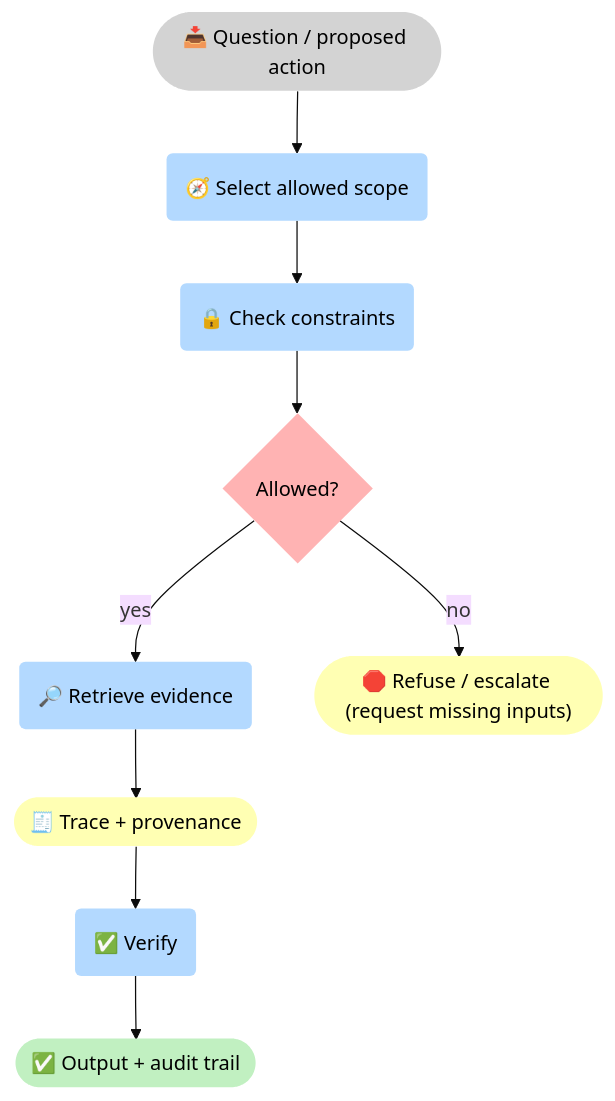
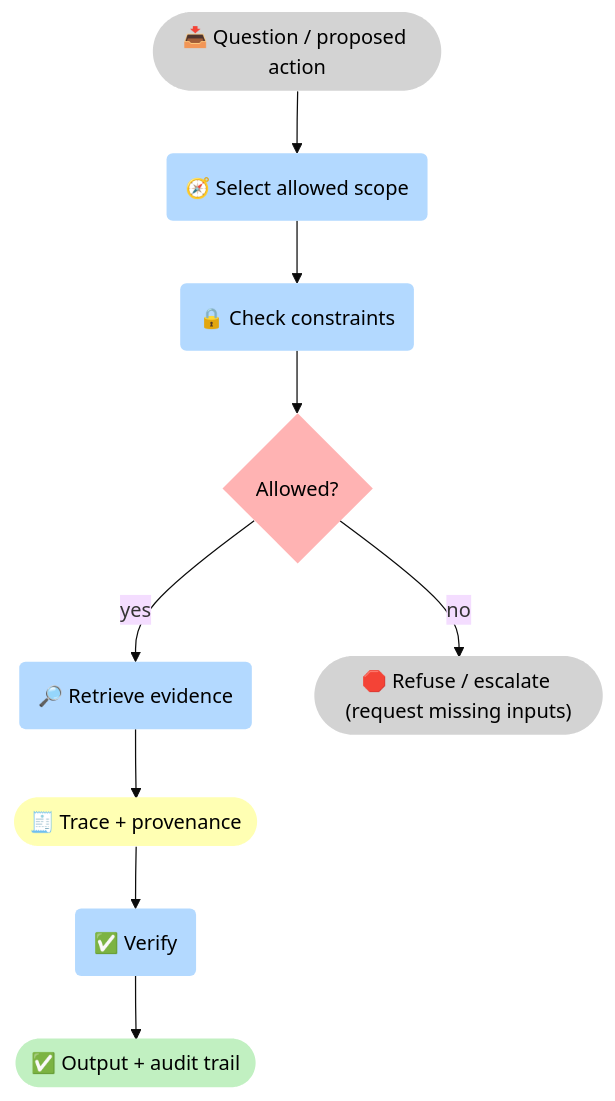
Before and after one commit to 5Reasons/5reasons.github.io: the third of 3 diagrams in docs/philosophy/ai-consciousness.md, drawn with Mermaid (base theme). The commit also changed other lines of this file and 18 other files, not shown here.

First line of the commit message:
Enhance methodology documentation with detailed diagrams and connections

````diff
--- a/docs/philosophy/ai-consciousness.md
+++ b/docs/philosophy/ai-consciousness.md
@@ -159,30 +163,30 @@
 ```mermaid
 flowchart TB
 %% Styles (brModel Standard)
 classDef i fill:#D3D3D3,stroke-width:0px,color:#000;
 classDef p fill:#B3D9FF,stroke-width:0px,color:#000;
 classDef r fill:#FFFFB3,stroke-width:0px,color:#000;
 classDef o fill:#C1F0C1,stroke-width:0px,color:#000;
 classDef s fill:#FFB3B3,stroke-width:0px,color:#000;
 
 I_Q(["📥 Question / proposed action"]):::i
 P_Scope("🧭 Select allowed scope"):::p
 P_Check("🔒 Check constraints"):::p
 G_OK{"Allowed?"}:::s
 
 P_Retrieve("🔎 Retrieve evidence"):::p
 R_Trace(["🧾 Trace + provenance"]):::r
 P_Verify("✅ Verify"):::p
 O_Out(["✅ Output + audit trail"]):::o
 
-R_Refuse(["🛑 Refuse / escalate (request missing inputs)"]):::r
+R_Refuse(["🛑 Refuse / escalate (request missing inputs)"]):::i
 
 I_Q --> P_Scope --> P_Check --> G_OK
 G_OK -->|"no"| R_Refuse
 G_OK -->|"yes"| P_Retrieve --> R_Trace --> P_Verify --> O_Out
 
 %% Clickable nodes
 click P_Check "/methodology/constraints/" "Constraints & SHACL"
 click R_Trace "/reasoners/governance/" "Governance"
 click P_Retrieve "/methodology/llm-tool-rag/" "LLM + Tool + RAG"
 ```
````
